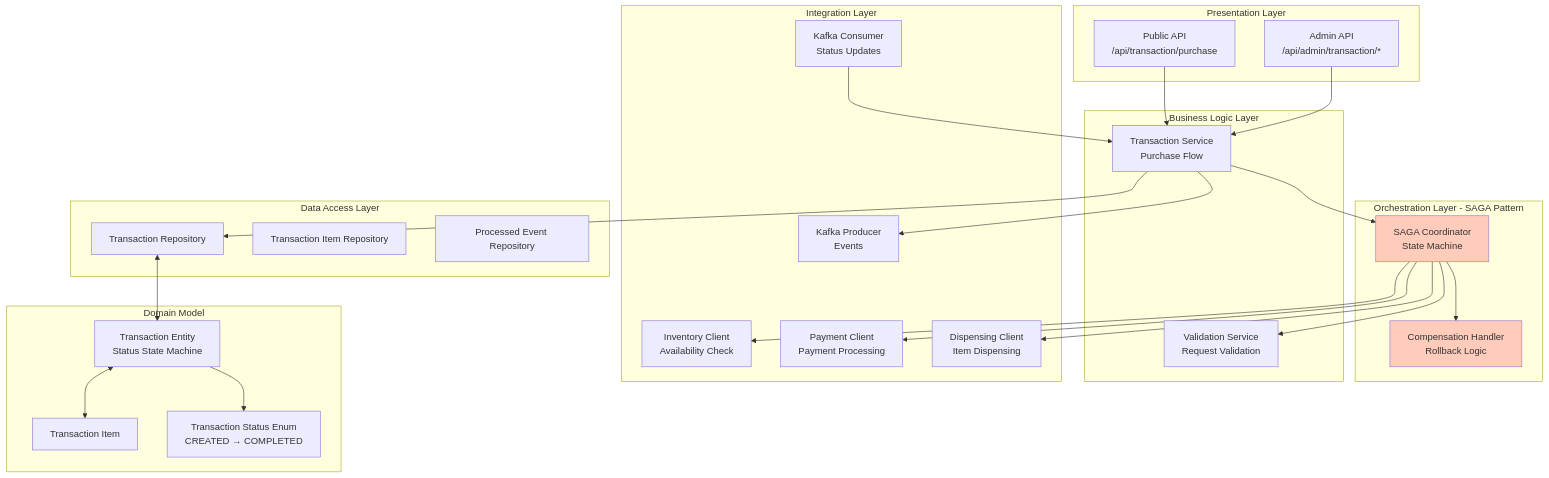
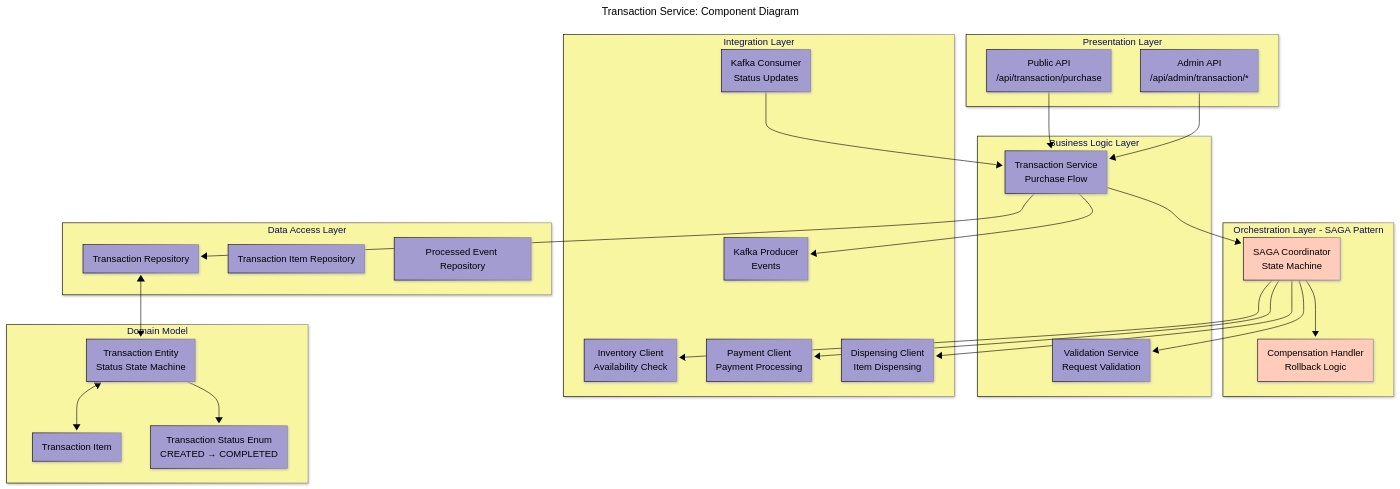
The second of 8 diagrams in Documentation/diagrams/transaction-service.md (BrunoGil-AS/Vending-Machine-Microservices), drawn with Mermaid before and after one commit. The commit also changed other lines of this file and 7 other files, not shown here.

Commit message:
docs: Update service diagrams with new configurations and titles

````diff
--- a/Documentation/diagrams/transaction-service.md
+++ b/Documentation/diagrams/transaction-service.md
@@ -77,58 +91,72 @@
 ```mermaid
+---
+config:
+  theme: base
+  themeVariables:
+    primaryColor: '#a39cd1ff'
+    primaryTextColor: '#000000'
+    secondaryTextColor: '#ffffffff'
+    primaryBorderColor: '#000000'
+    lineColor: '#000000ff'
+    secondaryColor: '#90b590ff'
+    tertiaryColor: '#f9f6a1ff'
+  look: neo
+title: 'Transaction Service: Component Diagram'
+---
 graph TB
     subgraph "Presentation Layer"
         PUBLIC_API[Public API<br/>/api/transaction/purchase]
         ADMIN_API[Admin API<br/>/api/admin/transaction/*]
     end
 
     subgraph "Orchestration Layer - SAGA Pattern"
         SAGA_COORDINATOR[SAGA Coordinator<br/>State Machine]
         COMPENSATION_HANDLER[Compensation Handler<br/>Rollback Logic]
     end
 
     subgraph "Business Logic Layer"
         TRANSACTION_SERVICE[Transaction Service<br/>Purchase Flow]
         VALIDATION[Validation Service<br/>Request Validation]
     end
 
     subgraph "Integration Layer"
         INVENTORY_CLIENT[Inventory Client<br/>Availability Check]
         PAYMENT_CLIENT[Payment Client<br/>Payment Processing]
         DISPENSING_CLIENT[Dispensing Client<br/>Item Dispensing]
         KAFKA_PRODUCER[Kafka Producer<br/>Events]
         KAFKA_CONSUMER[Kafka Consumer<br/>Status Updates]
     end
 
     subgraph "Data Access Layer"
         TRANSACTION_REPO[Transaction Repository]
         ITEM_REPO[Transaction Item Repository]
         PROCESSED_EVENT_REPO[Processed Event Repository]
     end
 
     subgraph "Domain Model"
         TRANSACTION[Transaction Entity<br/>Status State Machine]
         TRANSACTION_ITEM[Transaction Item]
         TRANSACTION_STATUS[Transaction Status Enum<br/>CREATED → COMPLETED]
     end
 
     PUBLIC_API --> TRANSACTION_SERVICE
     ADMIN_API --> TRANSACTION_SERVICE
 
     TRANSACTION_SERVICE --> SAGA_COORDINATOR
     SAGA_COORDINATOR --> VALIDATION
     SAGA_COORDINATOR --> INVENTORY_CLIENT
     SAGA_COORDINATOR --> PAYMENT_CLIENT
     SAGA_COORDINATOR --> DISPENSING_CLIENT
     SAGA_COORDINATOR --> COMPENSATION_HANDLER
 
     TRANSACTION_SERVICE --> TRANSACTION_REPO
     TRANSACTION_SERVICE --> KAFKA_PRODUCER
     KAFKA_CONSUMER --> TRANSACTION_SERVICE
 
     TRANSACTION_REPO <--> TRANSACTION
     TRANSACTION <--> TRANSACTION_ITEM
     TRANSACTION --> TRANSACTION_STATUS
 
     style SAGA_COORDINATOR fill:#ffccbc
     style COMPENSATION_HANDLER fill:#ffccbc
 ```
````
